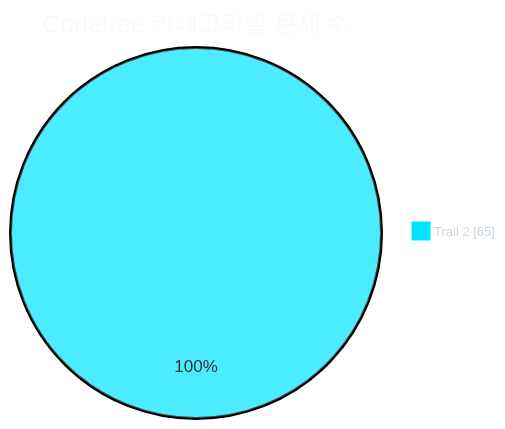
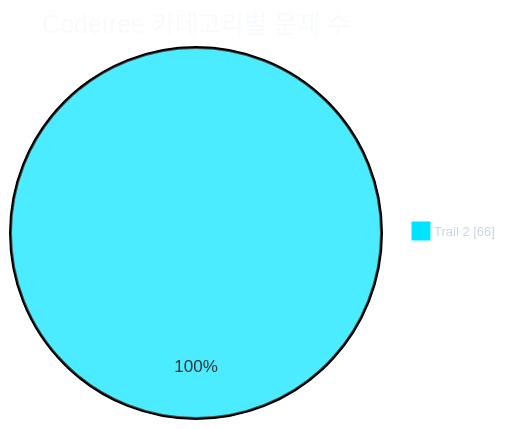
Before and after one commit to CHOOSLA/Algorithm: the first of 2 diagrams in readme.md, drawn with Mermaid. The commit also changed other lines of this file and 2 other files, not shown here.

````diff
--- a/readme.md
+++ b/readme.md
@@ -31,21 +31,21 @@
 ```mermaid
 ---
 config:
   theme: base
   themeVariables:
     background: '#0d1117'
     pieTitleTextColor: '#f8fafc'
     pieLegendTextColor: '#cbd5e1'
     pieLegendTextSize: '13px'
     pie1: '#00e5ff'
     pie2: '#22c55e'
     pie3: '#f59e0b'
     pie4: '#a855f7'
     pie5: '#ec4899'
     pie6: '#3b82f6'
     pie7: '#64748b'
 ---
 pie showData
   title Codetree 카테고리별 문제 수
-  "Trail 2" : 65
+  "Trail 2" : 66
 ```
````
